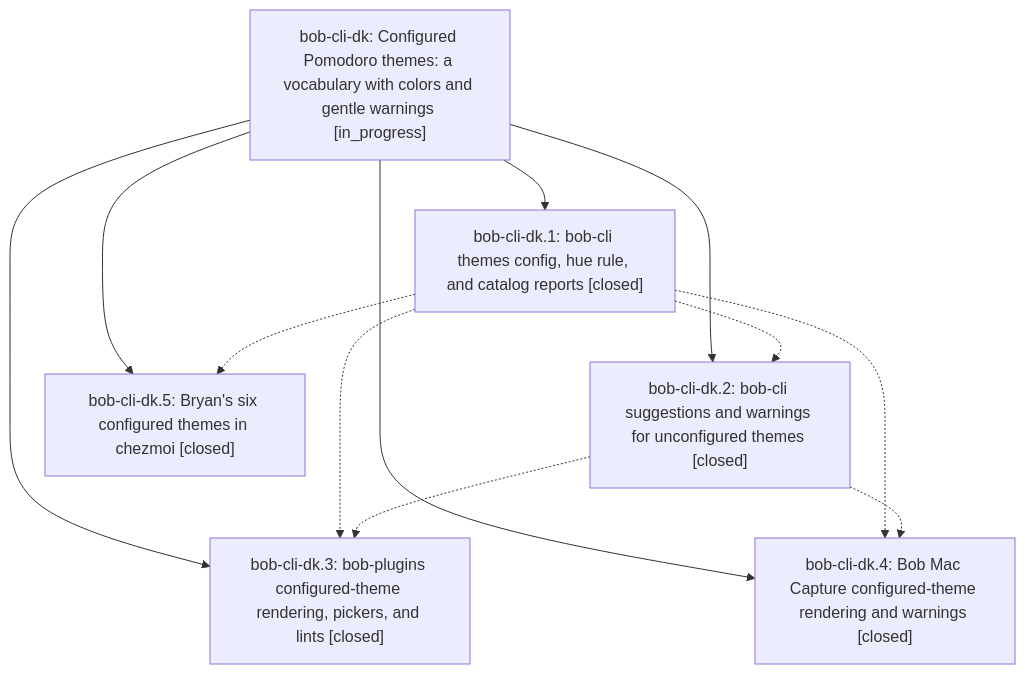
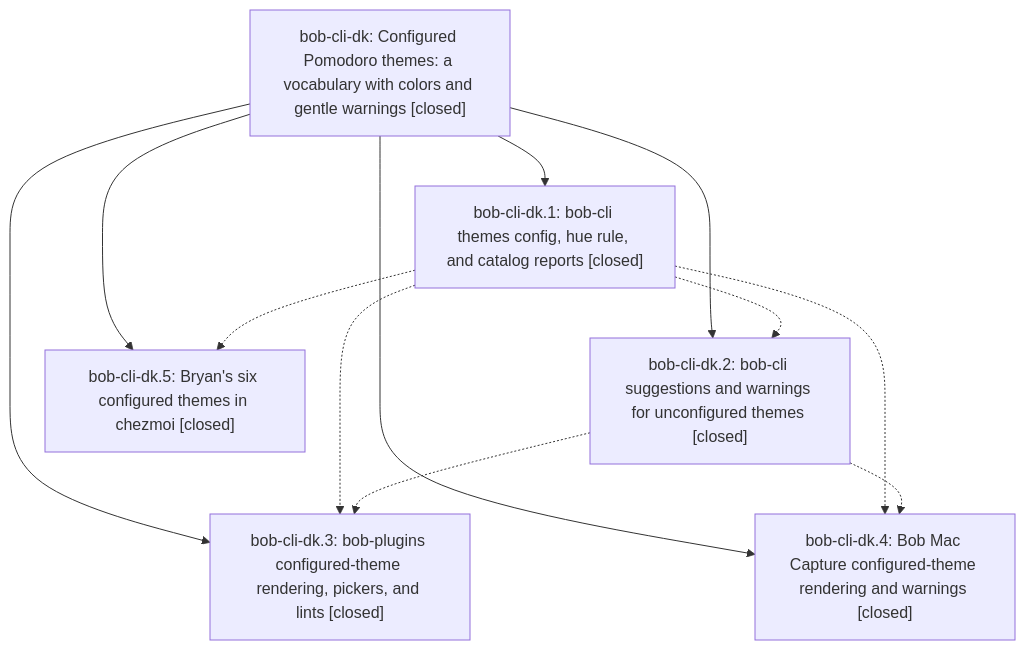
The diagram in pages/bob-cli-dk/README.md (bobs-org/bob-cli--beads), drawn with Mermaid before and after one commit. The commit also changed other lines of this file and 3 other files, not shown here.

First line of the commit message:
chore(beads): sync bead state and pages for bob-cli-dk

````diff
--- a/pages/bob-cli-dk/README.md
+++ b/pages/bob-cli-dk/README.md
@@ -44,20 +46,20 @@
 ```mermaid
 flowchart TD
-    n0["bob-cli-dk: Configured Pomodoro themes: a vocabulary with colors and gentle warnings [in_progress]"]
+    n0["bob-cli-dk: Configured Pomodoro themes: a vocabulary with colors and gentle warnings [closed]"]
     n1["bob-cli-dk.1: bob-cli themes config, hue rule, and catalog reports [closed]"]
     n2["bob-cli-dk.2: bob-cli suggestions and warnings for unconfigured themes [closed]"]
     n3["bob-cli-dk.3: bob-plugins configured-theme rendering, pickers, and lints [closed]"]
     n4["bob-cli-dk.4: Bob Mac Capture configured-theme rendering and warnings [closed]"]
     n5["bob-cli-dk.5: Bryan's six configured themes in chezmoi [closed]"]
     n0 --> n1
     n0 --> n2
     n0 --> n3
     n0 --> n4
     n0 --> n5
     n1 -.-> n2
     n1 -.-> n3
     n1 -.-> n4
     n1 -.-> n5
     n2 -.-> n3
     n2 -.-> n4
 ```
````
